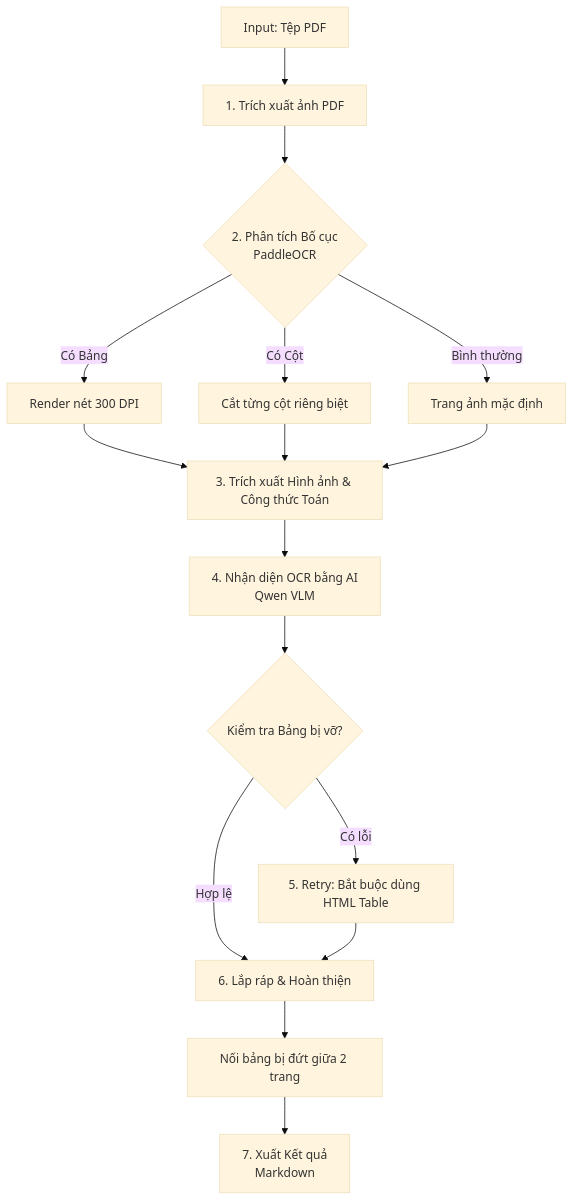
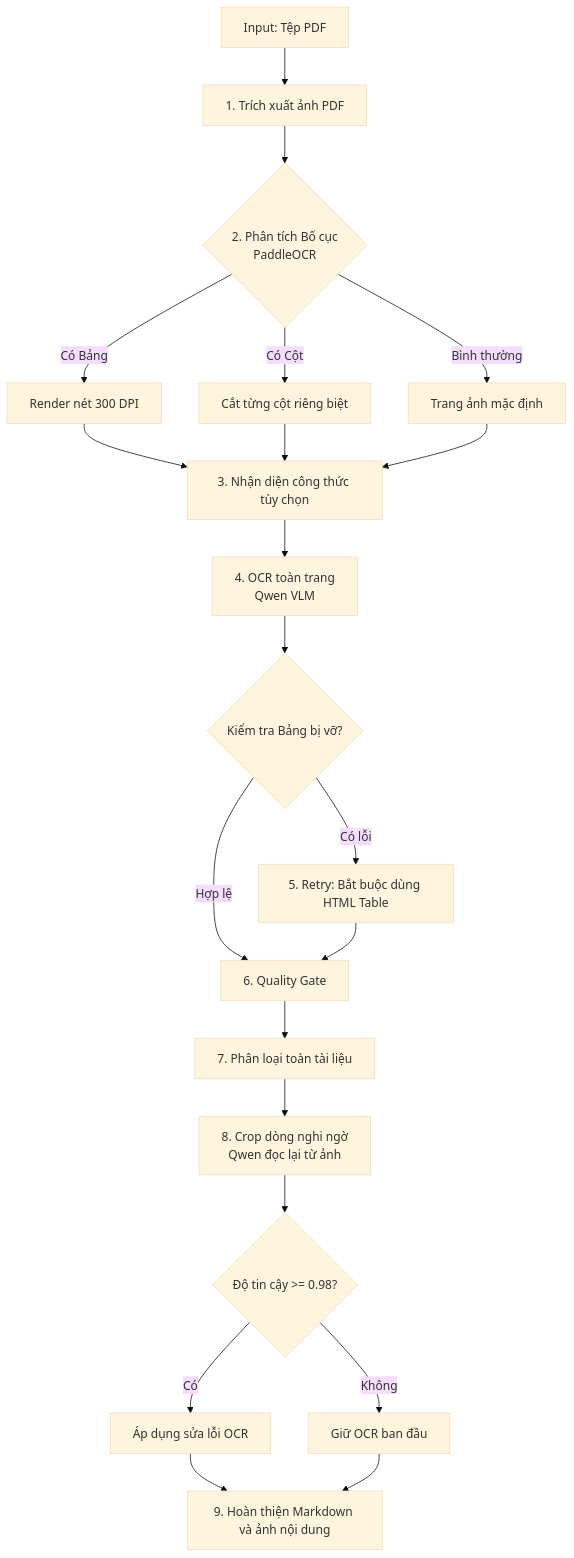
Before and after one commit to luannguyenn889/qwen-ocr-ollama: the diagram in README.md, drawn with Mermaid (base theme). The commit also changed other lines of this file and 24 other files, not shown here.

````diff
--- a/README.md
+++ b/README.md
@@ -57,19 +65,24 @@
 ```mermaid
 graph TD
     A[Input: Tệp PDF] --> B[1. Trích xuất ảnh PDF]
     B --> C{2. Phân tích Bố cục<br/>PaddleOCR}
     C -->|Có Bảng| D[Render nét 300 DPI]
     C -->|Có Cột| E[Cắt từng cột riêng biệt]
     C -->|Bình thường| F[Trang ảnh mặc định]
     D --> G
     E --> G
     F --> G
-    G[3. Trích xuất Hình ảnh & Công thức Toán]
-    G --> H[4. Nhận diện OCR bằng AI<br/>Qwen VLM]
+    G[3. Nhận diện công thức tùy chọn]
+    G --> H[4. OCR toàn trang<br/>Qwen VLM]
     H --> I{Kiểm tra Bảng bị vỡ?}
     I -->|Có lỗi| J[5. Retry: Bắt buộc dùng HTML Table]
-    I -->|Hợp lệ| K[6. Lắp ráp & Hoàn thiện]
+    I -->|Hợp lệ| K[6. Quality Gate]
     J --> K
-    K --> L[Nối bảng bị đứt giữa 2 trang]
-    L --> M[7. Xuất Kết quả<br/>Markdown]
+    K --> L[7. Phân loại toàn tài liệu]
+    L --> N[8. Crop dòng nghi ngờ<br/>Qwen đọc lại từ ảnh]
+    N --> O{Độ tin cậy >= 0.98?}
+    O -->|Có| P[Áp dụng sửa lỗi OCR]
+    O -->|Không| Q[Giữ OCR ban đầu]
+    P --> M[9. Hoàn thiện Markdown và ảnh nội dung]
+    Q --> M
 ```
````
